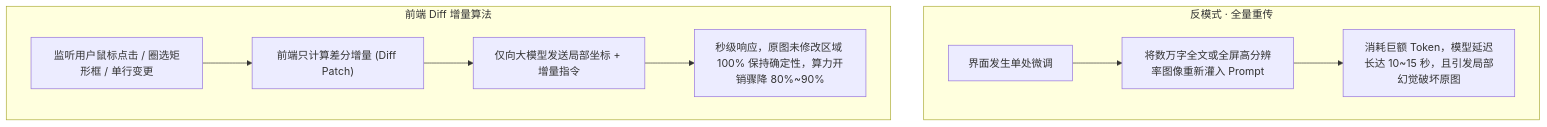
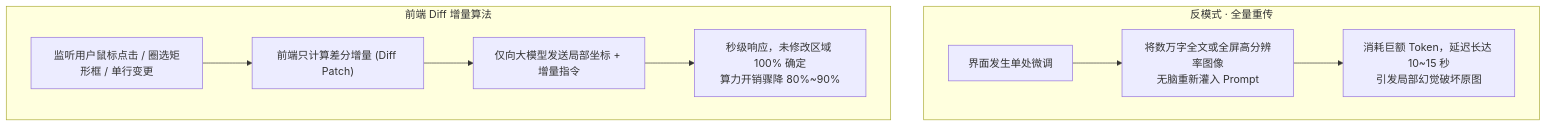
The sixth of 16 diagrams in content/live-20261102-01.md (dollarser/knowledge), drawn with Mermaid before and after one commit. The commit also changed other lines of this file, not shown here.

Commit message:
style(mermaid): verticalize internal nodes with multi-line breaks for mobile read

````diff
--- a/content/live-20261102-01.md
+++ b/content/live-20261102-01.md
@@ -180,15 +185,15 @@
 ```mermaid
 flowchart TD
     subgraph BadPractice["反模式 · 全量重传"]
-        B1["界面发生单处微调"] --> B2["将数万字全文或全屏高分辨率图像重新灌入 Prompt"]
-        B2 --> B3["消耗巨额 Token，模型延迟长达 10~15 秒，且引发局部幻觉破坏原图"]
+        B1["界面发生单处微调"] --> B2["将数万字全文或全屏高分辨率图像<br/>无脑重新灌入 Prompt"]
+        B2 --> B3["消耗巨额 Token，延迟长达 10~15 秒<br/>引发局部幻觉破坏原图"]
     end
 
     subgraph DiffPractice["前端 Diff 增量算法"]
         D1["监听用户鼠标点击 / 圈选矩形框 / 单行变更"]
         D2["前端只计算差分增量 (Diff Patch)"]
         D3["仅向大模型发送局部坐标 + 增量指令"]
-        D4["秒级响应，原图未修改区域 100% 保持确定性，算力开销骤降 80%~90%"]
+        D4["秒级响应，未修改区域 100% 确定<br/>算力开销骤降 80%~90%"]
         D1 --> D2 --> D3 --> D4
     end
 ```
````
